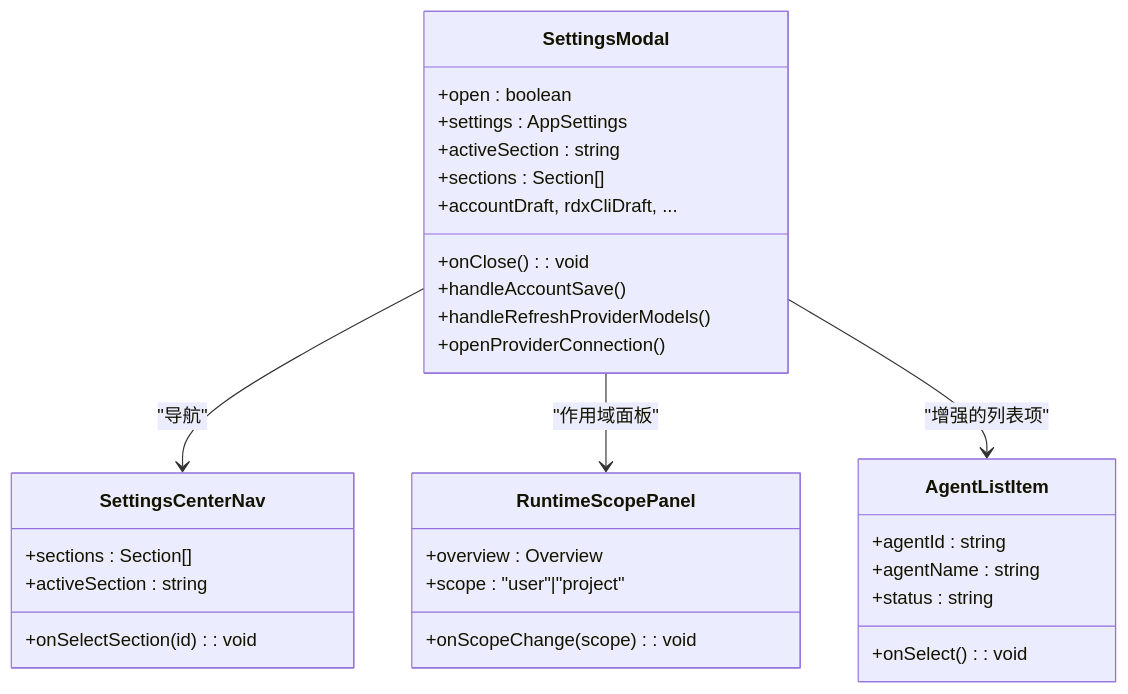
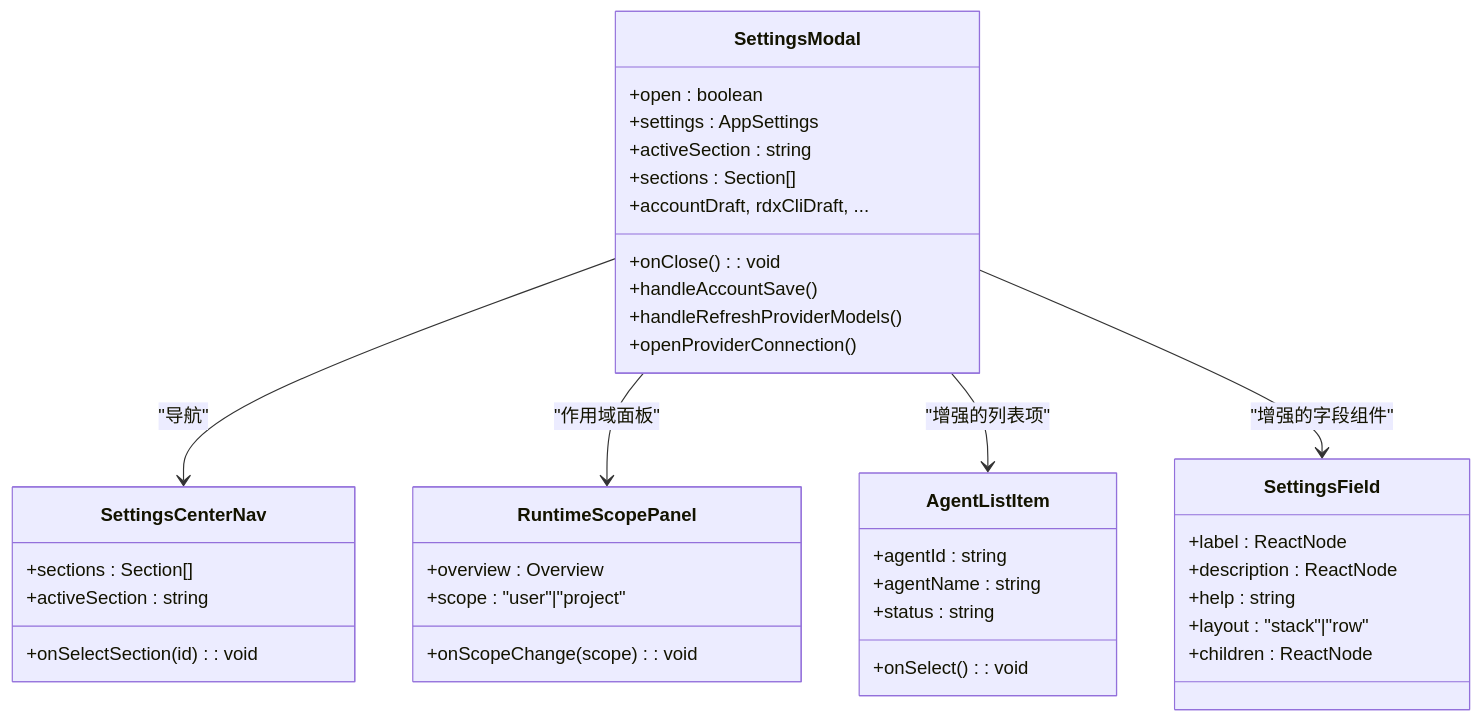
The eighth of 13 diagrams in .qoder/repowiki/zh/content/用户界面/用户界面.md (haolange/RDC-Agent), drawn with Mermaid before and after one commit. The commit also changed other lines of this file and 71 other files, not shown here.

````diff
--- a/.qoder/repowiki/zh/content/用户界面/用户界面.md
+++ b/.qoder/repowiki/zh/content/用户界面/用户界面.md
@@ -305,33 +402,41 @@
 ```mermaid
 classDiagram
 class SettingsModal {
 +open : boolean
 +settings : AppSettings
 +onClose() : void
 +activeSection : string
 +sections : Section[]
 +accountDraft, rdxCliDraft, ...
 +handleAccountSave()
 +handleRefreshProviderModels()
 +openProviderConnection()
 }
 class SettingsCenterNav {
 +sections : Section[]
 +activeSection : string
 +onSelectSection(id) : void
 }
 class RuntimeScopePanel {
 +overview : Overview
 +scope : "user"|"project"
 +onScopeChange(scope) : void
 }
 class AgentListItem {
 +agentId : string
 +agentName : string
 +status : string
 +onSelect() : void
 }
+class SettingsField {
++label : ReactNode
++description : ReactNode
++help : string
++layout : "stack"|"row"
++children : ReactNode
+}
 SettingsModal --> SettingsCenterNav : "导航"
 SettingsModal --> RuntimeScopePanel : "作用域面板"
 SettingsModal --> AgentListItem : "增强的列表项"
+SettingsModal --> SettingsField : "增强的字段组件"
 ```
````
